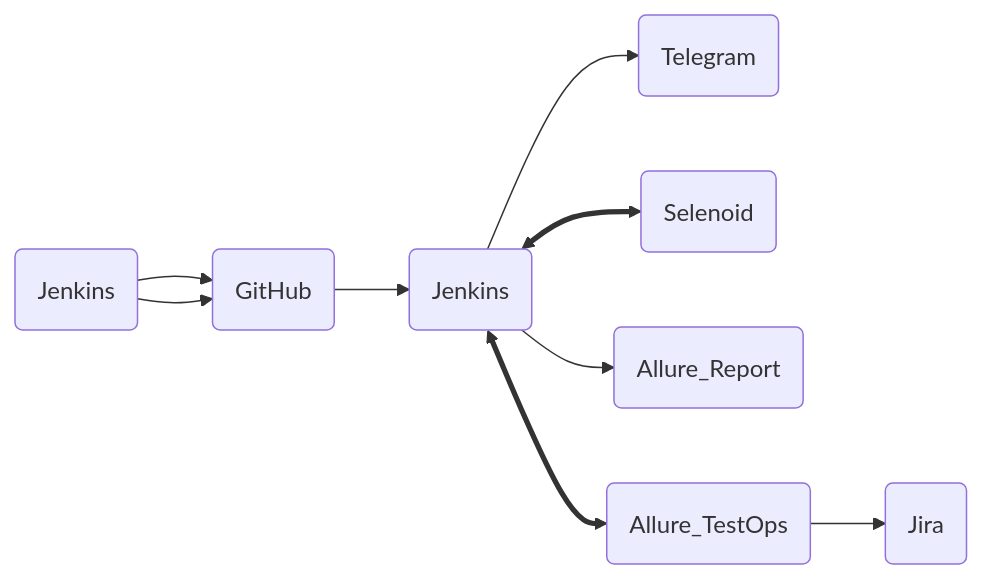
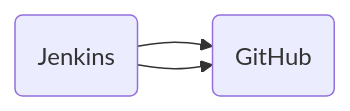
The diagram in README.md (maxkonushkin/FirstProject), drawn with Mermaid before and after one commit.

Commit message:
add mermaid

````diff
--- a/README.md
+++ b/README.md
@@ -60,14 +60,5 @@
 ``` mermaid
 flowchart LR;
 A(local launch)-->B(Allure_Report);
     A(Jenkins)-->B(GitHub);
-    B-->C(Jenkins);
-    C-->D(Telegram);
-    C<==>E(Selenoid);
-    
-    C-->G(Allure_Report);
-    
-    C<==>F(Allure_TestOps);
-    F-->J(Jira);
-
 ```
````
